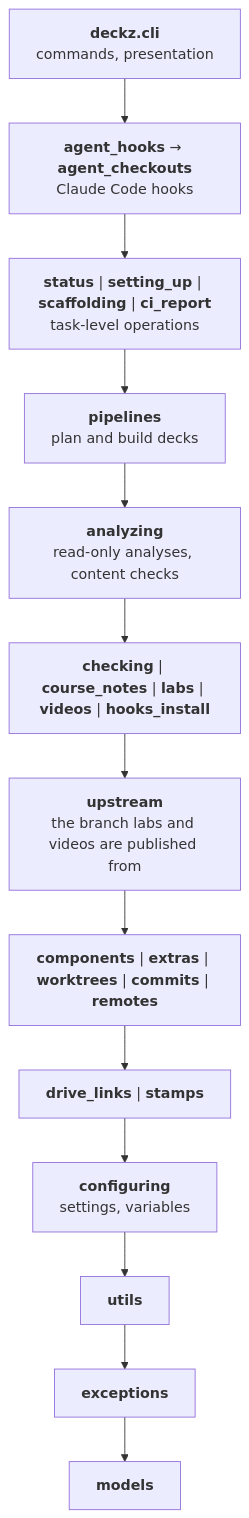
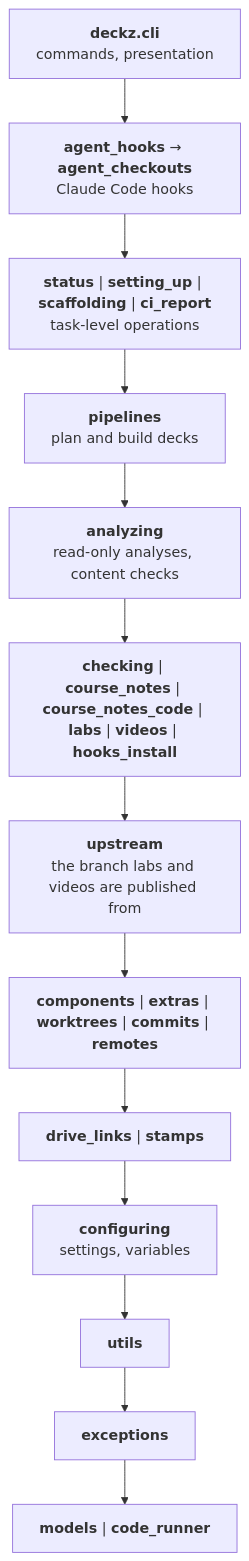
One commit to shuuchuu/deckz changed the second of 2 diagrams in docs/architecture/index.md. Above: the diagram before and after it, drawn with Mermaid. The commit also changed other lines of this file and 16 other files, not shown here.

First line of the commit message:
Run a course-notes chapter's code: deckz check course-notes-code

````diff
--- a/docs/architecture/index.md
+++ b/docs/architecture/index.md
@@ -60,17 +60,17 @@
 ```mermaid
 flowchart TB
     cli["<b>deckz.cli</b><br/>commands, presentation"]
     agent["<b>agent_hooks</b> → <b>agent_checkouts</b><br/>Claude Code hooks"]
     tasks["<b>status</b> | <b>setting_up</b> | <b>scaffolding</b> | <b>ci_report</b><br/>task-level operations"]
     pipelines["<b>pipelines</b><br/>plan and build decks"]
     analyzing["<b>analyzing</b><br/>read-only analyses, content checks"]
-    mid["<b>checking</b> | <b>course_notes</b> | <b>labs</b> | <b>videos</b> | <b>hooks_install</b>"]
+    mid["<b>checking</b> | <b>course_notes</b> | <b>course_notes_code</b> | <b>labs</b> | <b>videos</b> | <b>hooks_install</b>"]
     upstream["<b>upstream</b><br/>the branch labs and videos are published from"]
     components["<b>components</b> | <b>extras</b> | <b>worktrees</b> | <b>commits</b> | <b>remotes</b>"]
     low["<b>drive_links</b> | <b>stamps</b>"]
     configuring["<b>configuring</b><br/>settings, variables"]
     utils["<b>utils</b>"]
     exceptions["<b>exceptions</b>"]
-    models["<b>models</b>"]
+    models["<b>models</b> | <b>code_runner</b>"]
     cli --> agent --> tasks --> pipelines --> analyzing --> mid --> upstream --> components --> low --> configuring --> utils --> exceptions --> models
 ```
````
